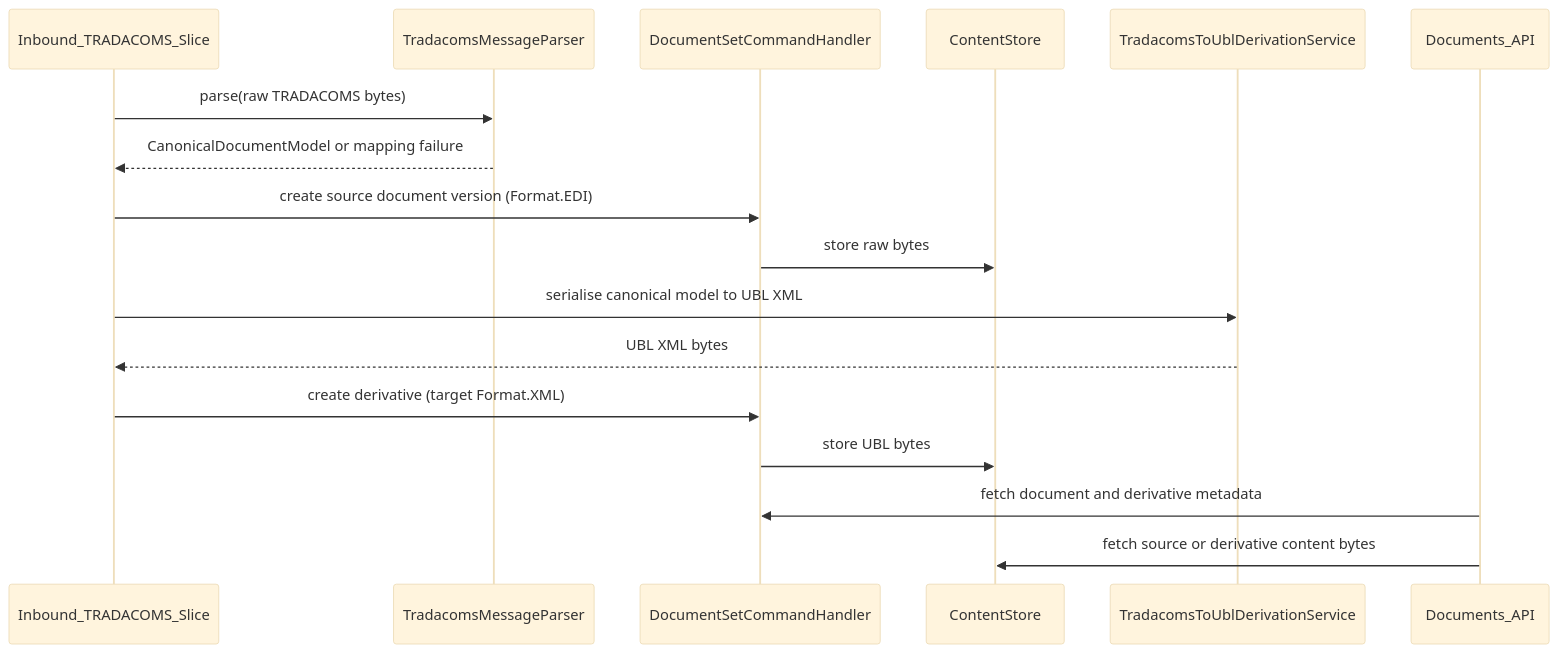
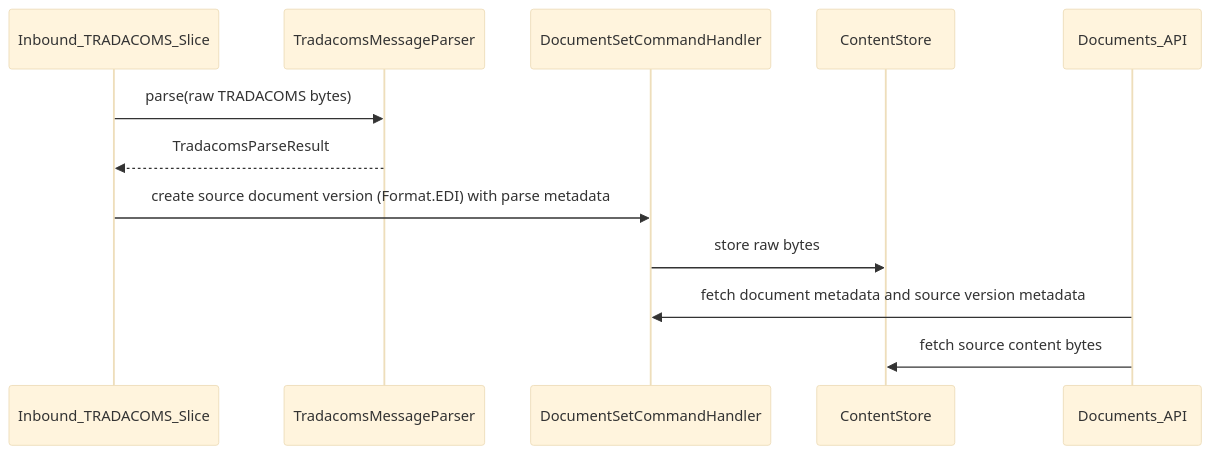
One commit to mridehalgh/edispark-v3 changed the second of 2 diagrams in openspec/changes/tradacoms-document-to-ubl/design.md. Above: the diagram before and after it, drawn with Mermaid (base theme). The commit also changed other lines of this file and 3 other files, not shown here.

````diff
--- a/openspec/changes/tradacoms-document-to-ubl/design.md
+++ b/openspec/changes/tradacoms-document-to-ubl/design.md
@@ -26,20 +23,15 @@
 ```mermaid
 sequenceDiagram
     participant Inbound as Inbound_TRADACOMS_Slice
     participant Parser as TradacomsMessageParser
     participant Docs as DocumentSetCommandHandler
     participant Store as ContentStore
-    participant Mapper as TradacomsToUblDerivationService
     participant Api as Documents_API
 
     Inbound->>Parser: parse(raw TRADACOMS bytes)
-    Parser-->>Inbound: CanonicalDocumentModel or mapping failure
-    Inbound->>Docs: create source document version (Format.EDI)
+    Parser-->>Inbound: TradacomsParseResult
+    Inbound->>Docs: create source document version (Format.EDI) with parse metadata
     Docs->>Store: store raw bytes
-    Inbound->>Mapper: serialise canonical model to UBL XML
-    Mapper-->>Inbound: UBL XML bytes
-    Inbound->>Docs: create derivative (target Format.XML)
-    Docs->>Store: store UBL bytes
-    Api->>Docs: fetch document and derivative metadata
-    Api->>Store: fetch source or derivative content bytes
+    Api->>Docs: fetch document metadata and source version metadata
+    Api->>Store: fetch source content bytes
 ```
````
